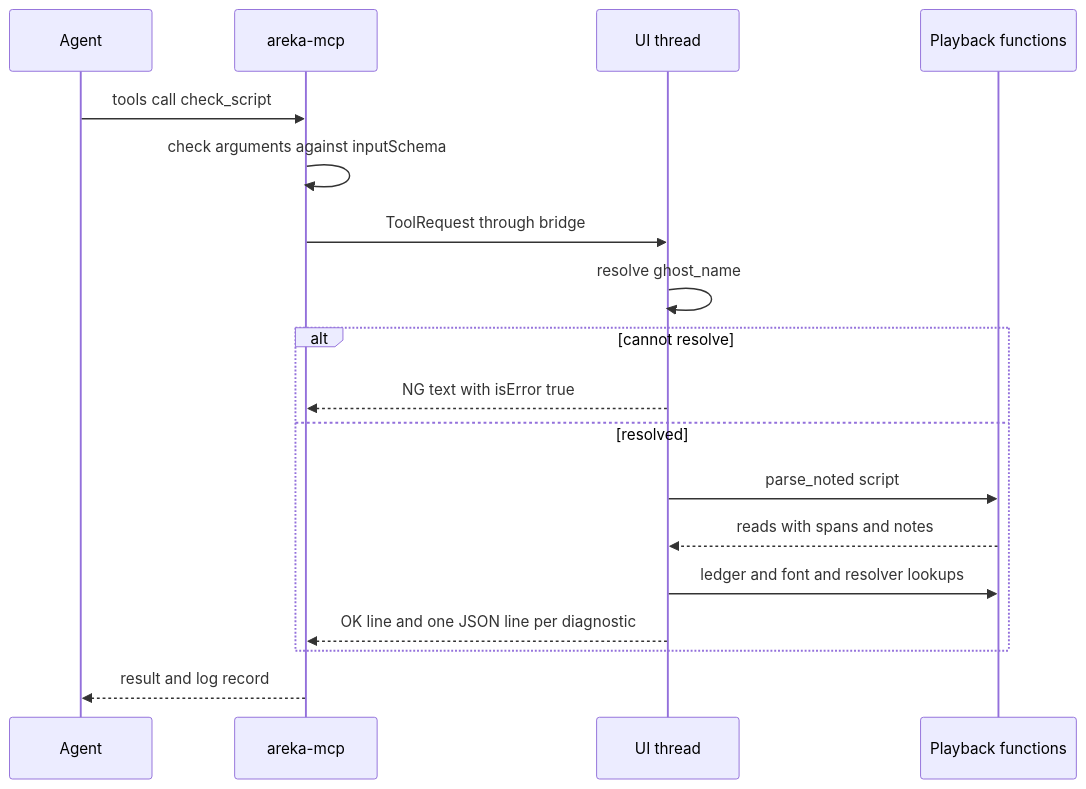
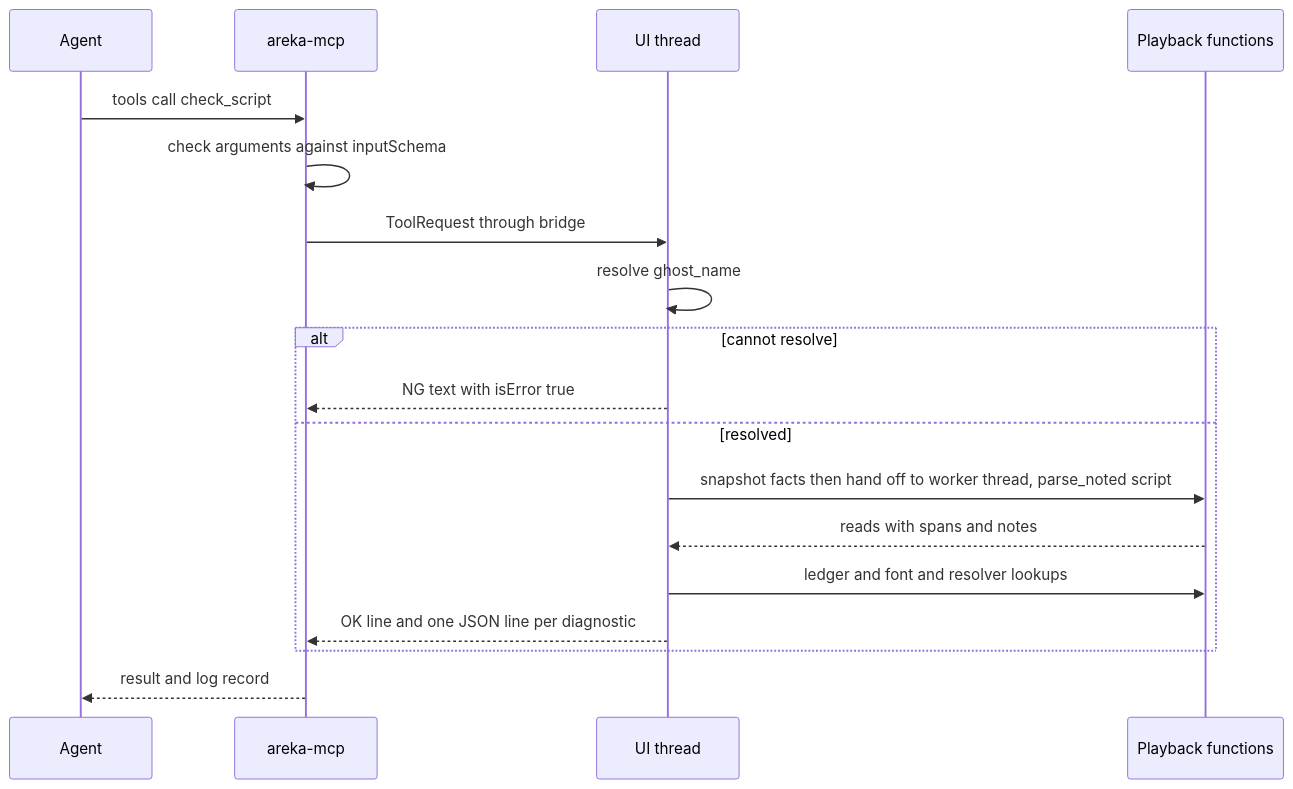
The second of 2 diagrams in .kiro/specs/areka-P0-mcp-author-tools/design.md (ekicyou/areka), drawn with Mermaid before and after one commit. The commit also changed other lines of this file, not shown here.

Commit message:
docs(areka-P0-mcp-author-tools): resolve design discussion #2 - no script length cap, judge on a worker thread

````diff
--- a/.kiro/specs/areka-P0-mcp-author-tools/design.md
+++ b/.kiro/specs/areka-P0-mcp-author-tools/design.md
@@ -215,20 +215,20 @@
 ```mermaid
 sequenceDiagram
     participant A as Agent
     participant M as areka-mcp
     participant U as UI thread
     participant P as Playback functions
     A->>M: tools call check_script
     M->>M: check arguments against inputSchema
     M->>U: ToolRequest through bridge
     U->>U: resolve ghost_name
     alt cannot resolve
         U-->>M: NG text with isError true
     else resolved
-        U->>P: parse_noted script
+        U->>P: snapshot facts then hand off to worker thread, parse_noted script
         P-->>U: reads with spans and notes
         U->>P: ledger and font and resolver lookups
         U-->>M: OK line and one JSON line per diagnostic
     end
     M-->>A: result and log record
 ```
````
